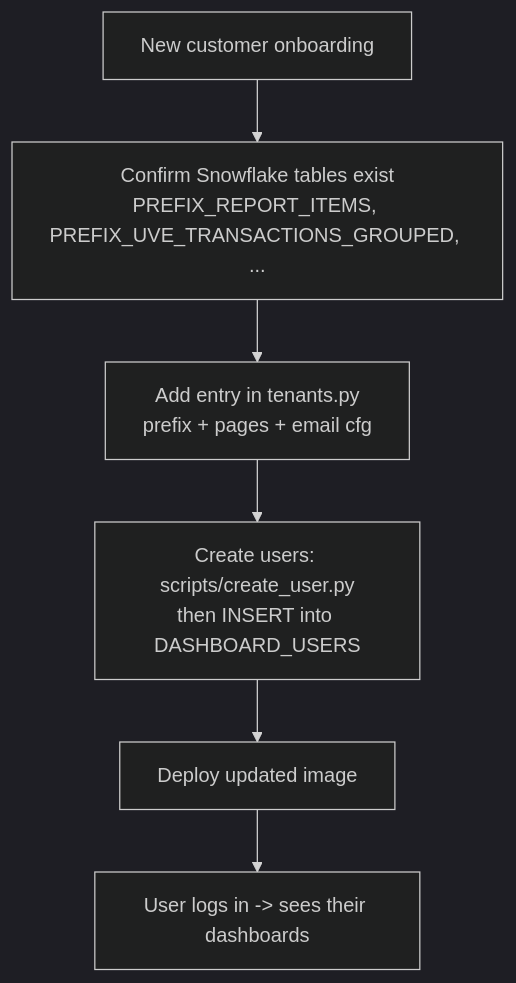
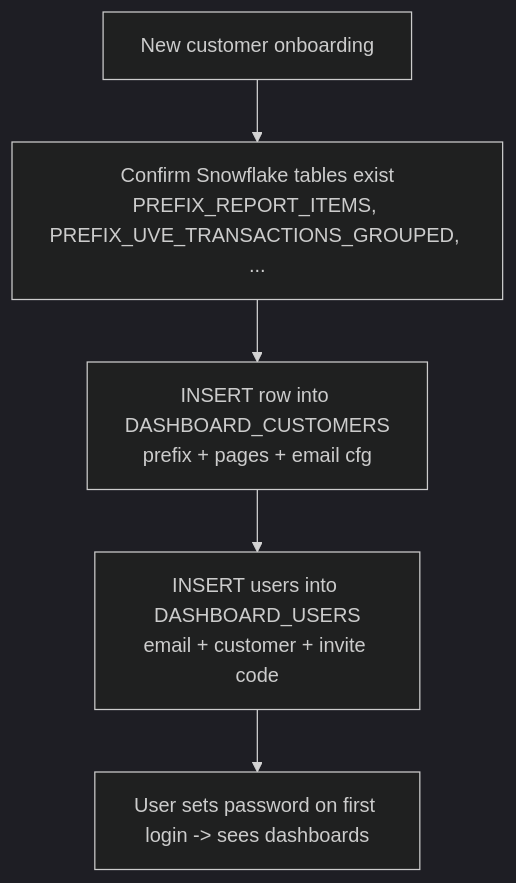
One commit to nitshaW/streamlit-abbaye changed the third of 3 diagrams in README.md. Above: the diagram before and after it, drawn with Mermaid (dark theme). The commit also changed other lines of this file and 4 other files, not shown here.

First line of the commit message:
Snowflake-driven tenant config + password set/change flows + GA4 docs

````diff
--- a/README.md
+++ b/README.md
@@ -101,8 +105,7 @@
 ```mermaid
 flowchart TD
     A[New customer onboarding] --> B[Confirm Snowflake tables exist<br/>PREFIX_REPORT_ITEMS, PREFIX_UVE_TRANSACTIONS_GROUPED, ...]
-    B --> C[Add entry in tenants.py<br/>prefix + pages + email cfg]
-    C --> D[Create users: scripts/create_user.py<br/>then INSERT into DASHBOARD_USERS]
-    D --> E[Deploy updated image]
-    E --> F[User logs in -> sees their dashboards]
+    B --> C[INSERT row into DASHBOARD_CUSTOMERS<br/>prefix + pages + email cfg]
+    C --> D[INSERT users into DASHBOARD_USERS<br/>email + customer + invite code]
+    D --> F[User sets password on first login -> sees dashboards]
 ```
````
